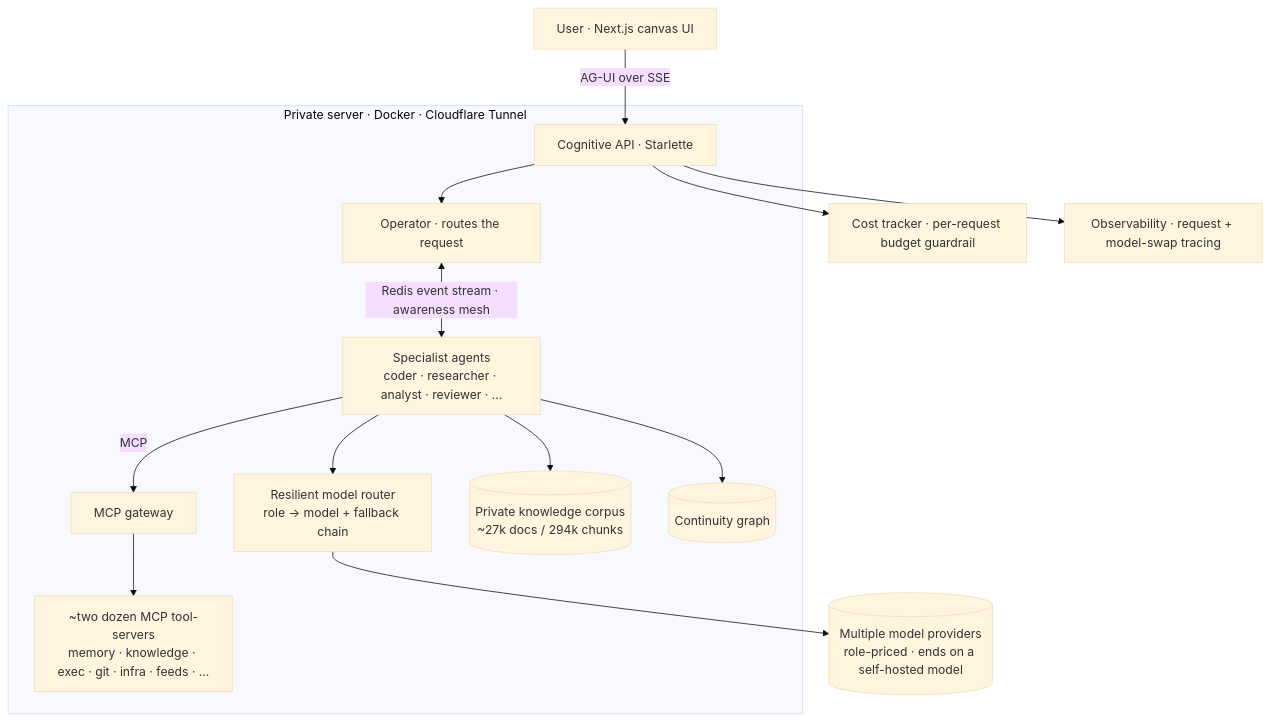
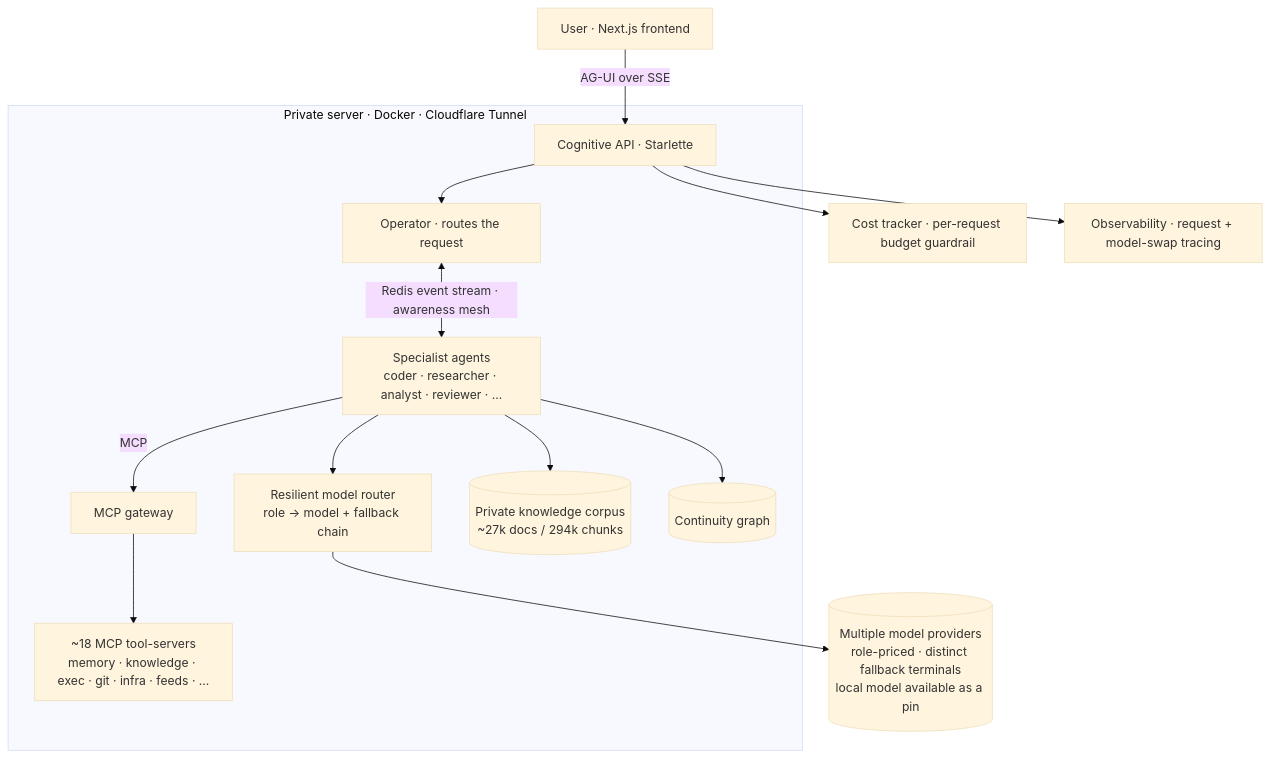
Before and after one commit to pacific-slate/pacslate: the diagram in README.md, drawn with Mermaid (base theme). The commit also changed other lines of this file and 3 other files, not shown here.

````diff
--- a/README.md
+++ b/README.md
@@ -91,24 +91,24 @@
 ```mermaid
 flowchart TD
-    U[User · Next.js canvas UI] -->|AG-UI over SSE| API[Cognitive API · Starlette]
+    U[User · Next.js frontend] -->|AG-UI over SSE| API[Cognitive API · Starlette]
     API --> ORCH[Operator · routes the request]
     ORCH <-->|Redis event stream · awareness mesh| SPEC[Specialist agents<br/>coder · researcher · analyst · reviewer · …]
     SPEC --> ROUTER[Resilient model router<br/>role → model + fallback chain]
-    ROUTER --> LLMs[(Multiple model providers<br/>role-priced · ends on a self-hosted model)]
+    ROUTER --> LLMs[(Multiple model providers<br/>role-priced · distinct fallback terminals<br/>local model available as a pin)]
     SPEC -->|MCP| GW[MCP gateway]
-    GW --> TOOLS[~two dozen MCP tool-servers<br/>memory · knowledge · exec · git · infra · feeds · …]
+    GW --> TOOLS[~18 MCP tool-servers<br/>memory · knowledge · exec · git · infra · feeds · …]
     SPEC --> RAG[(Private knowledge corpus<br/>~27k docs / 294k chunks)]
     SPEC --> GRAPH[(Continuity graph)]
     API --> COST[Cost tracker · per-request budget guardrail]
     API --> OBS[Observability · request + model-swap tracing]
     subgraph Infra[Private server · Docker · Cloudflare Tunnel]
         API
         ORCH
         SPEC
         ROUTER
         GW
         TOOLS
         RAG
         GRAPH
     end
 ```
````
